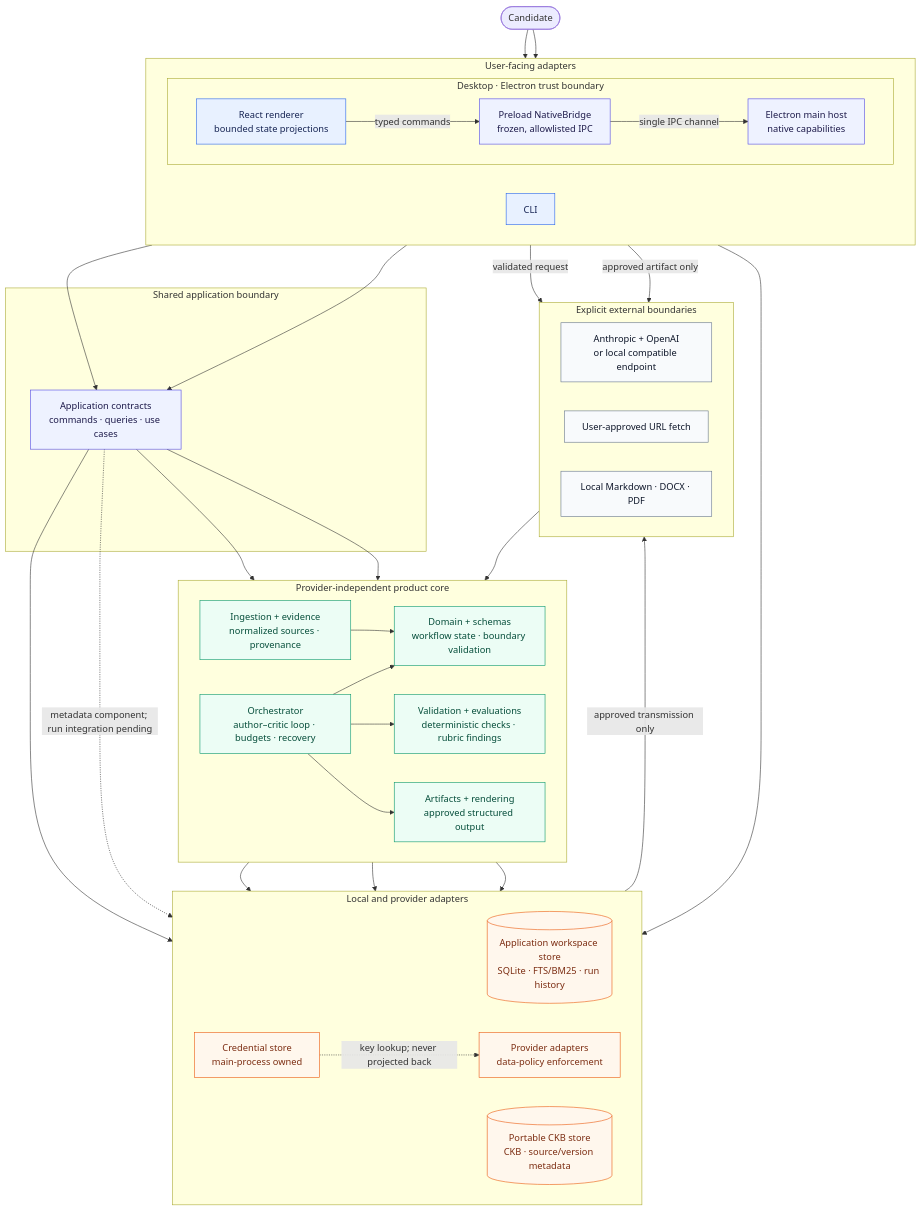
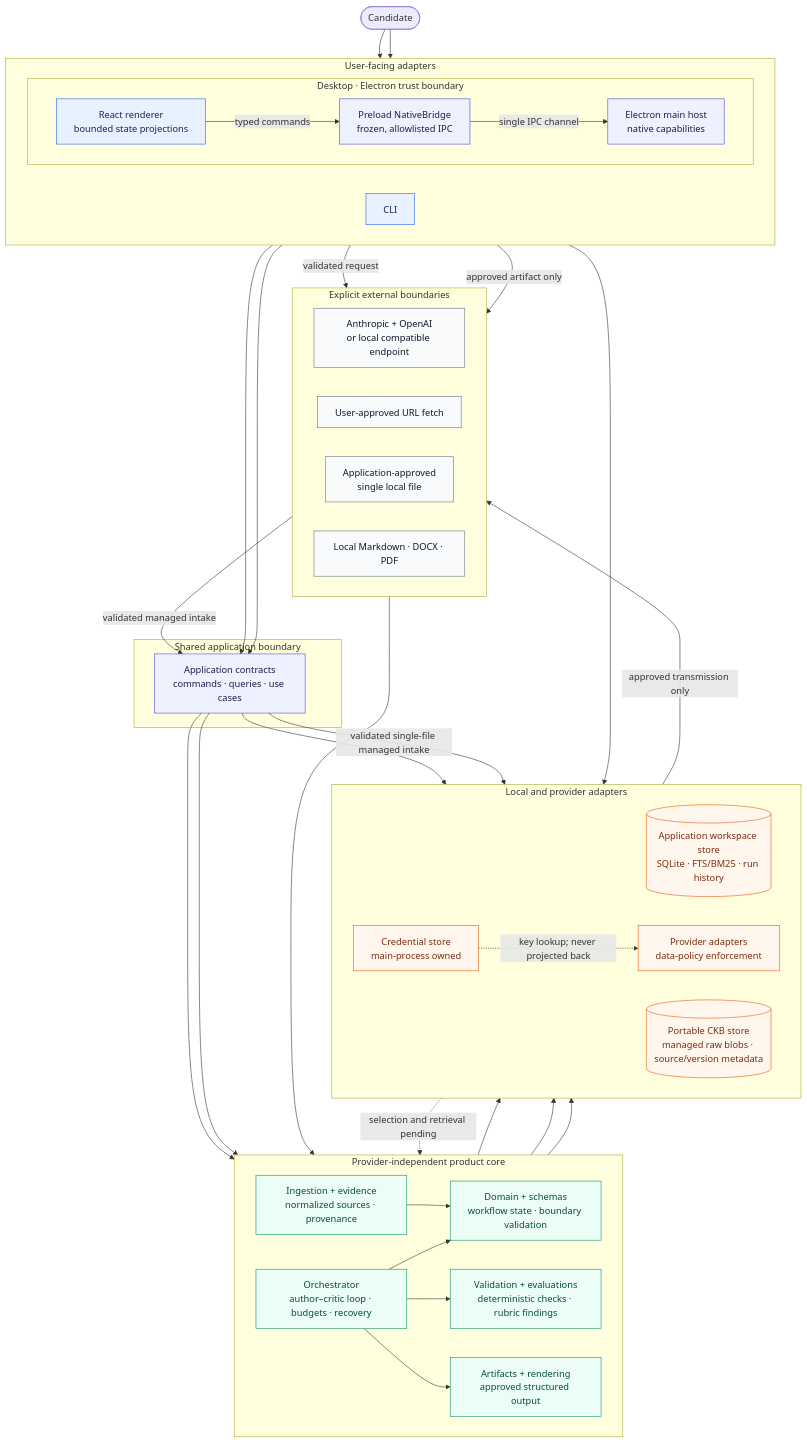
Before and after one commit to akoita/draft-loop: the diagram in docs/architecture.md, drawn with Mermaid. The commit also changed other lines of this file and 14 other files, not shown here.

Commit message:
feat(knowledge): add managed file intake

````diff
--- a/docs/architecture.md
+++ b/docs/architecture.md
@@ -10,79 +10,82 @@
 ```mermaid
 flowchart TB
     User([Candidate])
 
     subgraph Adapters["User-facing adapters"]
         direction LR
         CLI["CLI"]
 
         subgraph Desktop["Desktop · Electron trust boundary"]
             direction LR
             Renderer["React renderer<br/>bounded state projections"]
             Bridge["Preload NativeBridge<br/>frozen, allowlisted IPC"]
             Host["Electron main host<br/>native capabilities"]
             Renderer -->|"typed commands"| Bridge
             Bridge -->|"single IPC channel"| Host
         end
     end
 
     subgraph Application["Shared application boundary"]
         App["Application contracts<br/>commands · queries · use cases"]
     end
 
     subgraph Core["Provider-independent product core"]
         direction LR
         Orchestrator["Orchestrator<br/>author–critic loop · budgets · recovery"]
         Domain["Domain + schemas<br/>workflow state · boundary validation"]
         Knowledge["Ingestion + evidence<br/>normalized sources · provenance"]
         Quality["Validation + evaluations<br/>deterministic checks · rubric findings"]
         Artifacts["Artifacts + rendering<br/>approved structured output"]
         Orchestrator --> Domain
         Knowledge --> Domain
         Orchestrator --> Quality
         Orchestrator --> Artifacts
     end
 
     subgraph Infrastructure["Local and provider adapters"]
         direction LR
         WorkspaceStore[("Application workspace store<br/>SQLite · FTS/BM25 · run history")]
-        CKBStore[("Portable CKB store<br/>CKB · source/version metadata")]
+        CKBStore[("Portable CKB store<br/>managed raw blobs · source/version metadata")]
         Providers["Provider adapters<br/>data-policy enforcement"]
         Credentials["Credential store<br/>main-process owned"]
     end
 
     subgraph External["Explicit external boundaries"]
         direction LR
         Models["Anthropic + OpenAI<br/>or local compatible endpoint"]
         URL["User-approved URL fetch"]
+        LocalFile["Application-approved<br/>single local file"]
         Export["Local Markdown · DOCX · PDF"]
     end
 
     User --> CLI
     User --> Renderer
     CLI --> App
     Host --> App
     App --> Orchestrator
     App --> Knowledge
     App --> WorkspaceStore
     Domain --> WorkspaceStore
     Knowledge --> WorkspaceStore
-    App -.->|"metadata component; run integration pending"| CKBStore
+    App -->|"validated single-file managed intake"| CKBStore
+    CKBStore -.->|"selection and retrieval pending"| Knowledge
     Orchestrator --> Providers
     Host --> Credentials
     Credentials -.->|"key lookup; never projected back"| Providers
     Providers -->|"approved transmission only"| Models
     Host -->|"validated request"| URL
     URL --> Knowledge
+    LocalFile -->|"validated managed intake"| App
     Host -->|"approved artifact only"| Export
 
     classDef ui fill:#e8f1ff,stroke:#2563eb,color:#172554;
     classDef boundary fill:#eef2ff,stroke:#4f46e5,color:#1e1b4b;
     classDef core fill:#ecfdf5,stroke:#059669,color:#064e3b;
     classDef infra fill:#fff7ed,stroke:#ea580c,color:#7c2d12;
     classDef external fill:#f8fafc,stroke:#64748b,color:#0f172a;
     class CLI,Renderer ui;
     class Bridge,Host,App boundary;
     class Orchestrator,Domain,Knowledge,Quality,Artifacts core;
     class WorkspaceStore,CKBStore,Providers,Credentials infra;
-    class Models,URL,Export external;
+    class Models,URL,LocalFile,Export external;
 ```
````
